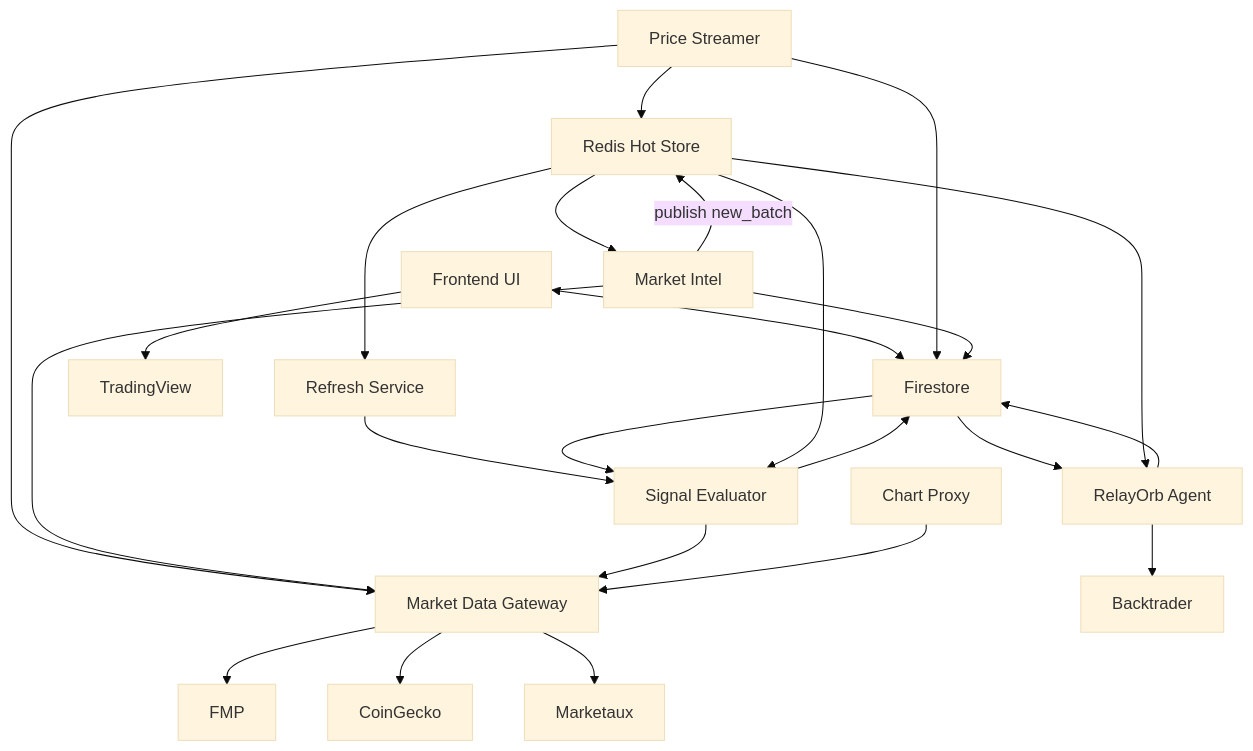
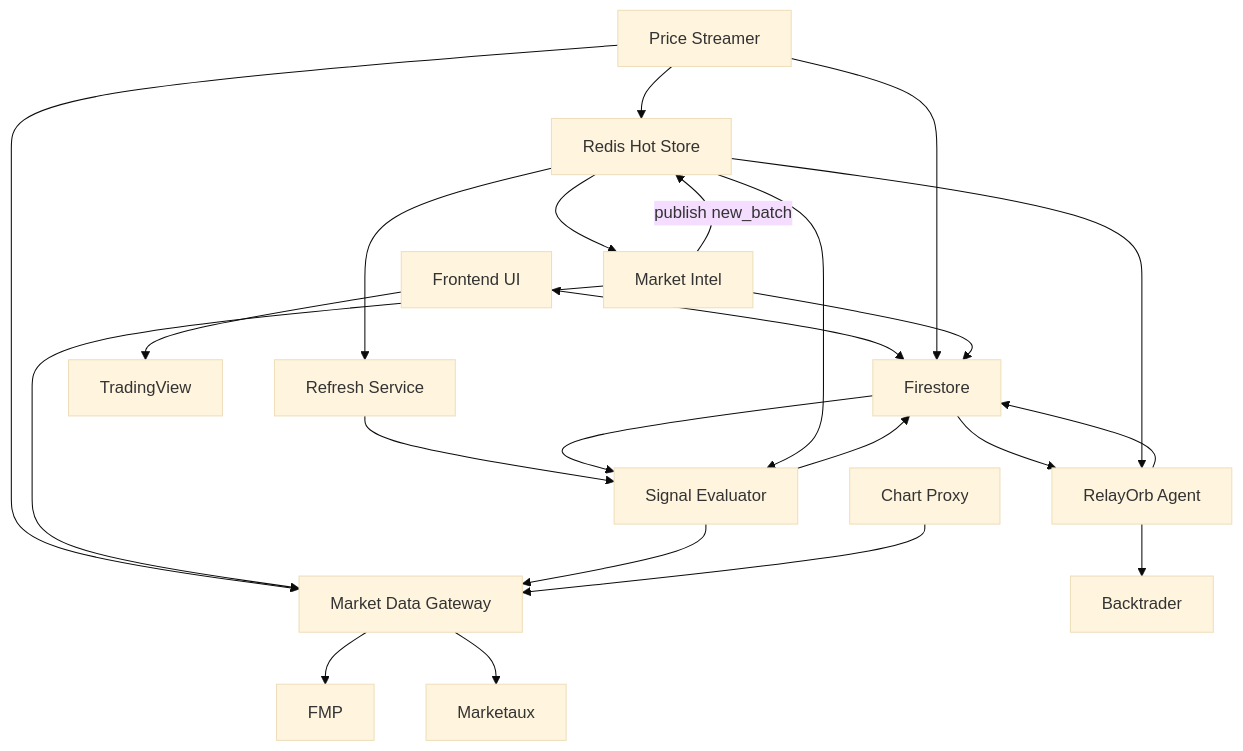
Before and after one commit to khalidsaidi/relayorb: the diagram in ARCHITECTURE.md, drawn with Mermaid (base theme). The commit also changed other lines of this file and 13 other files, not shown here.

````diff
--- a/ARCHITECTURE.md
+++ b/ARCHITECTURE.md
@@ -77,29 +77,28 @@
 ```mermaid
 graph TD
   UI[Frontend UI] <--> FS[Firestore]
   PS[Price Streamer] --> FS
   MI[Market Intel] --> FS
   SE[Signal Evaluator] --> FS
   AG[RelayOrb Agent] --> FS
   REF[Refresh Service] --> SE
   FS --> AG
   FS --> SE
   PS --> RS[Redis Hot Store]
   RS --> MI
   RS --> SE
   RS --> AG
   RS --> REF
   MI -- "publish new_batch" --> RS
 
   PS --> MDG[Market Data Gateway]
   MI --> MDG
   SE --> MDG
   CP[Chart Proxy] --> MDG
 
   MDG --> FMP[FMP]
-  MDG --> CG[CoinGecko]
   MDG --> MX[Marketaux]
 
   AG --> BT[Backtrader]
   UI --> TV[TradingView]
 ```
````
